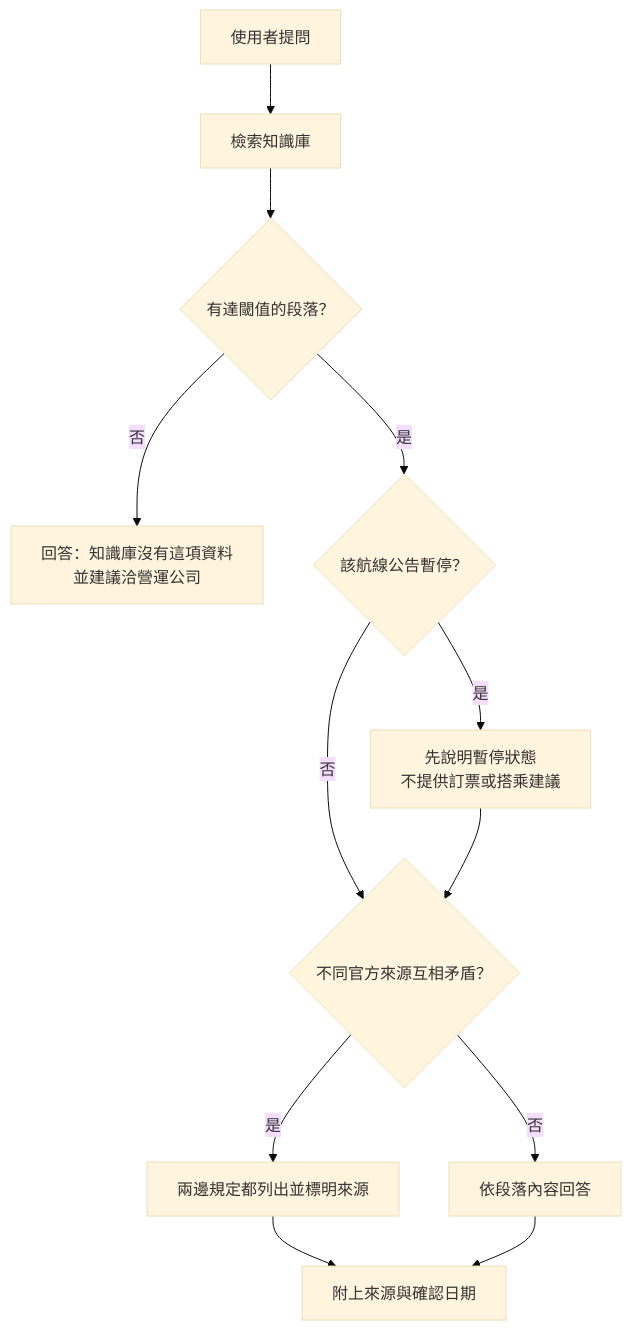
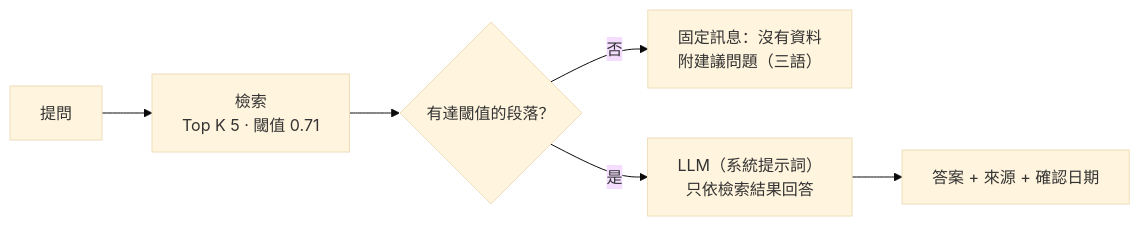
One commit to atsushigo/japan-ferry-kb changed the second of 2 diagrams in README.md. Above: the diagram before and after it, drawn with Mermaid (base theme). The commit also changed other lines of this file and 2 other files, not shown here.

````diff
--- a/README.md
+++ b/README.md
@@ -36,14 +41,8 @@
 ```mermaid
-flowchart TD
-  Q["使用者提問"] --> R["檢索知識庫"]
+flowchart LR
+  Q["提問"] --> R["檢索<br/>Top K 5 · 閾值 0.71"]
   R --> E{"有達閾值的段落？"}
-  E -- 否 --> N["回答：知識庫沒有這項資料<br/>並建議洽營運公司"]
-  E -- 是 --> S{"該航線公告暫停？"}
-  S -- 是 --> W["先說明暫停狀態<br/>不提供訂票或搭乘建議"]
-  S -- 否 --> C{"不同官方來源互相矛盾？"}
-  W --> C
-  C -- 是 --> B["兩邊規定都列出並標明來源"]
-  C -- 否 --> A["依段落內容回答"]
-  B --> F["附上來源與確認日期"]
-  A --> F
+  E -- 否 --> N["固定訊息：沒有資料<br/>附建議問題（三語）"]
+  E -- 是 --> L["LLM（系統提示詞）<br/>只依檢索結果回答"]
+  L --> F["答案 + 來源 + 確認日期"]
 ```
````
